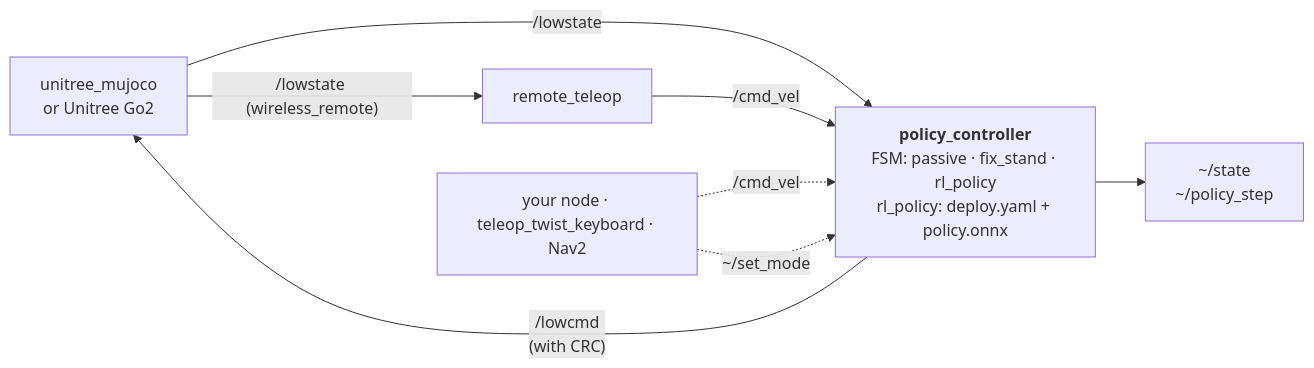
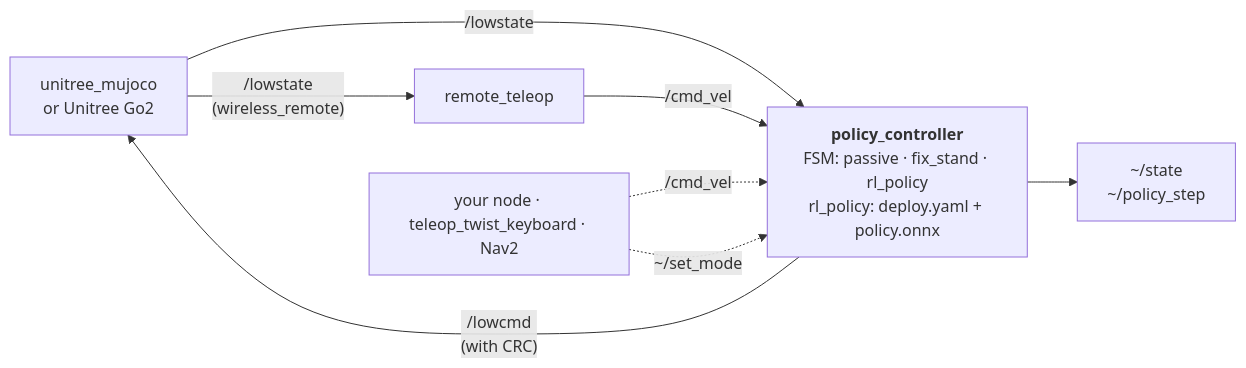
One commit to pavelmino44/go2_policy_runner changed the diagram in README.md. Above: the diagram before and after it, drawn with Mermaid. The commit also changed other lines of this file and 12 other files, not shown here.

````diff
--- a/README.md
+++ b/README.md
@@ -47,16 +47,16 @@
 ```mermaid
 flowchart LR
     robot["unitree_mujoco<br/>or Unitree Go2"]
     ctrl["<b>policy_controller</b><br/>FSM: passive · fix_stand · rl_policy<br/>rl_policy: deploy.yaml + policy.onnx"]
     teleop["remote_teleop"]
     user["your node · teleop_twist_keyboard · Nav2"]
     out["~/state<br/>~/policy_step"]
 
     robot -- "/lowstate" --> ctrl
     ctrl -- "/lowcmd<br/>(with CRC)" --> robot
-    robot -- "/lowstate (wireless_remote)" --> teleop
+    robot -- "/lowstate<br/>(wireless_remote)" --> teleop
     teleop -- "/cmd_vel" --> ctrl
     user -. "/cmd_vel" .-> ctrl
     user -. "~/set_mode" .-> ctrl
     ctrl --> out
 ```
````
